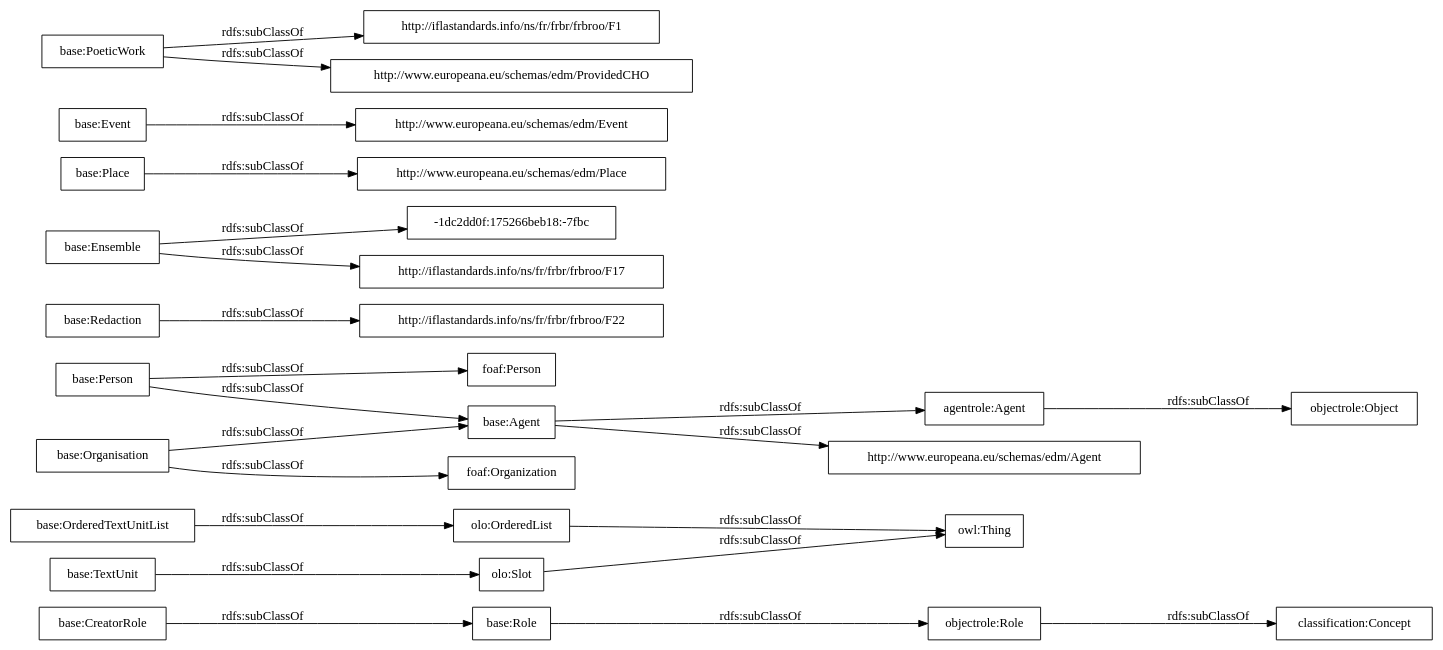
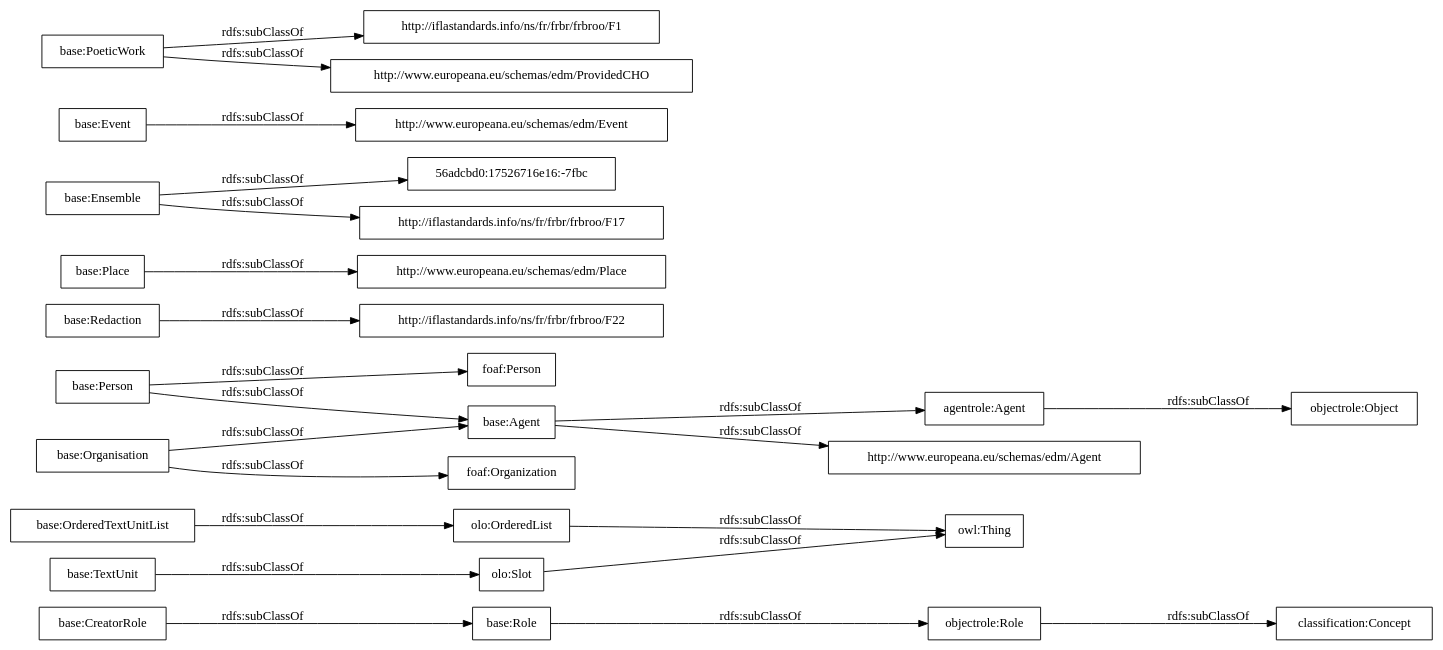
The diagram in OnToology/postdata-core.owl/diagrams/ar2dtool-taxonomy/postdata-core.owl.png.dot (OnToologyUser/core-ontology-1), drawn with Graphviz before and after one commit. The commit also changed 14 other files, not shown here.

```diff
--- a/OnToology/postdata-core.owl/diagrams/ar2dtool-taxonomy/postdata-core.owl.png.dot
+++ b/OnToology/postdata-core.owl/diagrams/ar2dtool-taxonomy/postdata-core.owl.png.dot
@@ -1,27 +1,27 @@
 digraph ar2dtool_diagram { 
 rankdir=LR;
 size="1000"
-node [shape = rectangle, color="black"]; "base:Role" "base:OrderedTextUnitList" "agentrole:Agent" "http://iflastandards.info/ns/fr/frbr/frbroo/F22" "http://www.europeana.eu/schemas/edm/Agent" "base:Agent" "base:CreatorRole" "base:Person" "-1dc2dd0f:175266beb18:-7fbc" "base:Organisation" "http://www.europeana.eu/schemas/edm/Place" "base:Redaction" "base:Ensemble" "foaf:Person" "http://www.europeana.eu/schemas/edm/Event" "base:TextUnit" "http://iflastandards.info/ns/fr/frbr/frbroo/F1" "foaf:Organization" "http://www.europeana.eu/schemas/edm/ProvidedCHO" "base:Place" "base:Event" "base:PoeticWork" "http://iflastandards.info/ns/fr/frbr/frbroo/F17" "owl:Thing" "objectrole:Role" "objectrole:Object" "olo:Slot" "olo:OrderedList" "classification:Concept" ; /*classes style*/
+node [shape = rectangle, color="black"]; "base:Role" "base:OrderedTextUnitList" "agentrole:Agent" "http://iflastandards.info/ns/fr/frbr/frbroo/F22" "http://www.europeana.eu/schemas/edm/Agent" "base:Agent" "base:CreatorRole" "base:Person" "base:Organisation" "http://www.europeana.eu/schemas/edm/Place" "base:Redaction" "base:Ensemble" "foaf:Person" "http://www.europeana.eu/schemas/edm/Event" "base:TextUnit" "http://iflastandards.info/ns/fr/frbr/frbroo/F1" "foaf:Organization" "http://www.europeana.eu/schemas/edm/ProvidedCHO" "base:Place" "base:Event" "56adcbd0:17526716e16:-7fbc" "base:PoeticWork" "http://iflastandards.info/ns/fr/frbr/frbroo/F17" "owl:Thing" "objectrole:Role" "objectrole:Object" "olo:Slot" "olo:OrderedList" "classification:Concept" ; /*classes style*/
 	"base:Redaction" -> "http://iflastandards.info/ns/fr/frbr/frbroo/F22" [ label = "rdfs:subClassOf" ];
 	"base:Role" -> "objectrole:Role" [ label = "rdfs:subClassOf" ];
 	"base:Event" -> "http://www.europeana.eu/schemas/edm/Event" [ label = "rdfs:subClassOf" ];
 	"base:Person" -> "foaf:Person" [ label = "rdfs:subClassOf" ];
 	"base:Person" -> "base:Agent" [ label = "rdfs:subClassOf" ];
 	"olo:OrderedList" -> "owl:Thing" [ label = "rdfs:subClassOf" ];
 	"olo:Slot" -> "owl:Thing" [ label = "rdfs:subClassOf" ];
 	"base:PoeticWork" -> "http://www.europeana.eu/schemas/edm/ProvidedCHO" [ label = "rdfs:subClassOf" ];
 	"base:PoeticWork" -> "http://iflastandards.info/ns/fr/frbr/frbroo/F1" [ label = "rdfs:subClassOf" ];
 	"base:TextUnit" -> "olo:Slot" [ label = "rdfs:subClassOf" ];
 	"agentrole:Agent" -> "objectrole:Object" [ label = "rdfs:subClassOf" ];
-	"base:Ensemble" -> "-1dc2dd0f:175266beb18:-7fbc" [ label = "rdfs:subClassOf" ];
+	"base:Ensemble" -> "56adcbd0:17526716e16:-7fbc" [ label = "rdfs:subClassOf" ];
 	"base:Ensemble" -> "http://iflastandards.info/ns/fr/frbr/frbroo/F17" [ label = "rdfs:subClassOf" ];
 	"base:OrderedTextUnitList" -> "olo:OrderedList" [ label = "rdfs:subClassOf" ];
 	"base:Agent" -> "agentrole:Agent" [ label = "rdfs:subClassOf" ];
 	"base:Agent" -> "http://www.europeana.eu/schemas/edm/Agent" [ label = "rdfs:subClassOf" ];
 	"objectrole:Role" -> "classification:Concept" [ label = "rdfs:subClassOf" ];
 	"base:Place" -> "http://www.europeana.eu/schemas/edm/Place" [ label = "rdfs:subClassOf" ];
 	"base:Organisation" -> "foaf:Organization" [ label = "rdfs:subClassOf" ];
 	"base:Organisation" -> "base:Agent" [ label = "rdfs:subClassOf" ];
 	"base:CreatorRole" -> "base:Role" [ label = "rdfs:subClassOf" ];
 
 }
```
